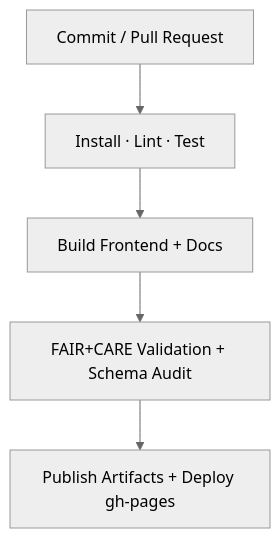
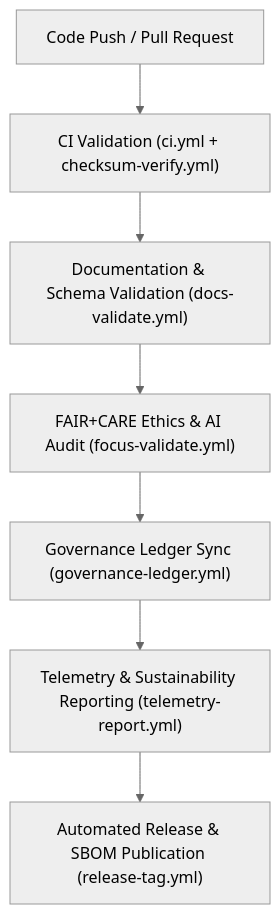
Before and after one commit to bartytime4life/Kansas-Frontier-Matrix: the diagram in .github/README.md, drawn with Mermaid (neutral theme). The commit also changed other lines of this file, not shown here.

````diff
--- a/.github/README.md
+++ b/.github/README.md
@@ -70,7 +75,9 @@
 ```mermaid
 flowchart TD
-  A[Commit / Pull Request] --> B[Install · Lint · Test]
-  B --> C[Build Frontend + Docs]
-  C --> D[FAIR+CARE Validation + Schema Audit]
-  D --> E[Publish Artifacts + Deploy gh-pages]
+    A["Code Push / Pull Request"] --> B["CI Validation (ci.yml + checksum-verify.yml)"]
+    B --> C["Documentation & Schema Validation (docs-validate.yml)"]
+    C --> D["FAIR+CARE Ethics & AI Audit (focus-validate.yml)"]
+    D --> E["Governance Ledger Sync (governance-ledger.yml)"]
+    E --> F["Telemetry & Sustainability Reporting (telemetry-report.yml)"]
+    F --> G["Automated Release & SBOM Publication (release-tag.yml)"]
 ```
````
